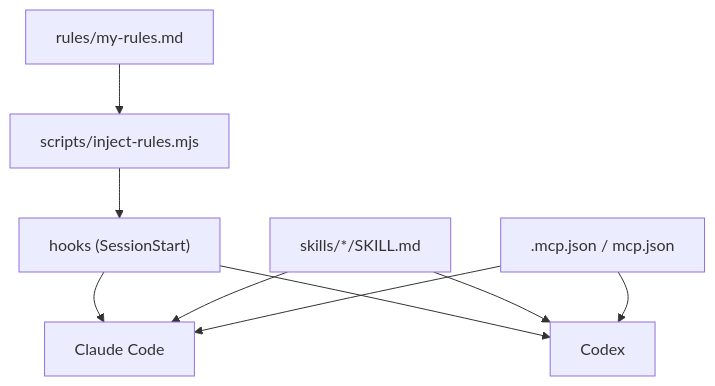
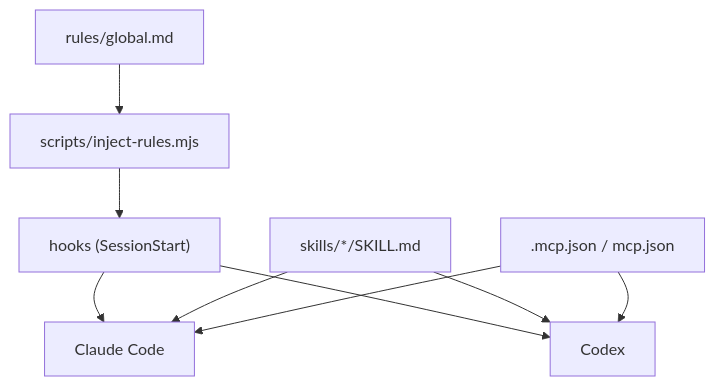
The diagram in my-plugins/my-workflow/AGENTS.md (VECTOR-COOL/my-agent-toolkit), drawn with Mermaid before and after one commit. The commit also changed other lines of this file and 17 other files, not shown here.

First line of the commit message:
refactor(plugin): split rules into global and on-demand files, add memory rule files

````diff
--- a/my-plugins/my-workflow/AGENTS.md
+++ b/my-plugins/my-workflow/AGENTS.md
@@ -22,11 +22,11 @@
 ```mermaid
 graph TD
-  Rules["rules/my-rules.md"] --> Inject["scripts/inject-rules.mjs"]
+  Rules["rules/global.md"] --> Inject["scripts/inject-rules.mjs"]
   Inject --> Hook["hooks (SessionStart)"]
   Hook --> Claude["Claude Code"]
   Hook --> Codex["Codex"]
   Skills["skills/*/SKILL.md"] --> Claude
   Skills --> Codex
   Mcp[".mcp.json / mcp.json"] --> Claude
   Mcp --> Codex
 ```
````
